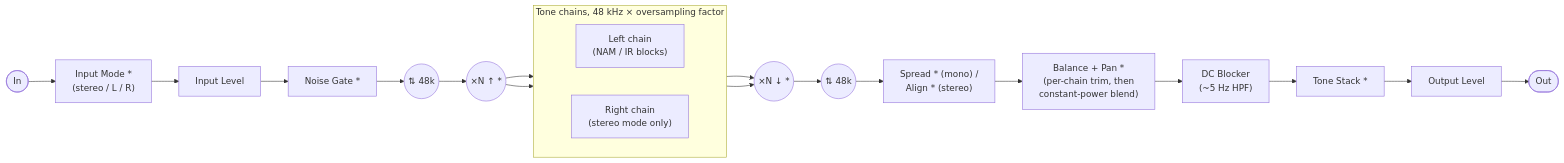
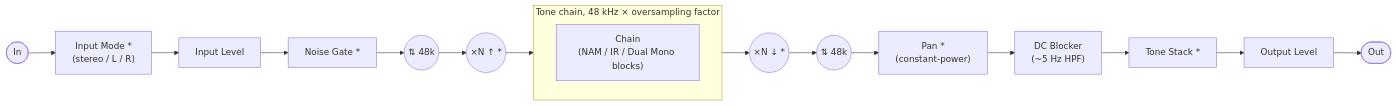
Before and after one commit to Shayshez/tone3000-plugin: the first of 2 diagrams in README.md, drawn with Mermaid. The commit also changed other lines of this file and 58 other files, not shown here.

````diff
--- a/README.md
+++ b/README.md
@@ -202,24 +202,20 @@
 ```mermaid
 flowchart LR
     IN([In]) --> IM["Input Mode *\n(stereo / L / R)"]
     IM --> IG["Input Level"]
     IG --> GATE["Noise Gate *"]
     GATE --> RS(("⇅ 48k"))
     RS --> OS(("×N ↑ *"))
-    subgraph CHAINS["Tone chains, 48 kHz × oversampling factor"]
+    subgraph CHAIN["Tone chain, 48 kHz × oversampling factor"]
         direction LR
-        CL["Left chain\n(NAM / IR blocks)"]
-        CR["Right chain\n(stereo mode only)"]
+        C["Chain\n(NAM / IR / Dual Mono blocks)"]
     end
-    OS --> CL
-    OS --> CR
-    CL --> OS2(("×N ↓ *"))
-    CR --> OS2
+    OS --> C
+    C --> OS2(("×N ↓ *"))
     OS2 --> RS2(("⇅ 48k"))
-    RS2 --> IMAGE["Spread * (mono) /\nAlign * (stereo)"]
-    IMAGE --> PAN["Balance + Pan *\n(per-chain trim, then\nconstant-power blend)"]
+    RS2 --> PAN["Pan *\n(constant-power)"]
     PAN --> DCB["DC Blocker\n(~5 Hz HPF)"]
     DCB --> TS["Tone Stack *"]
     TS --> OG["Output Level"]
     OG --> OUT([Out])
 ```
````
